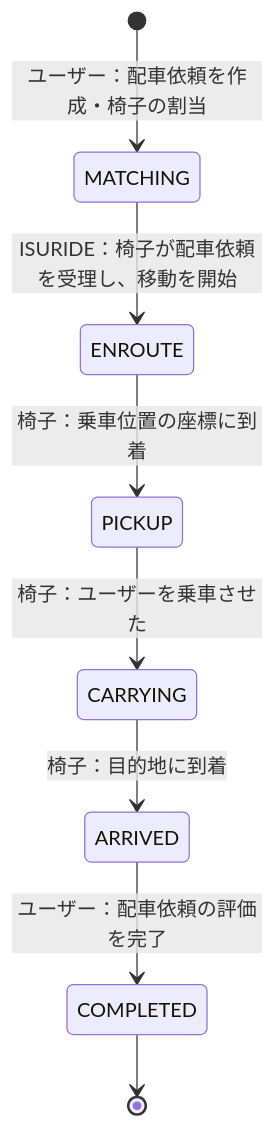
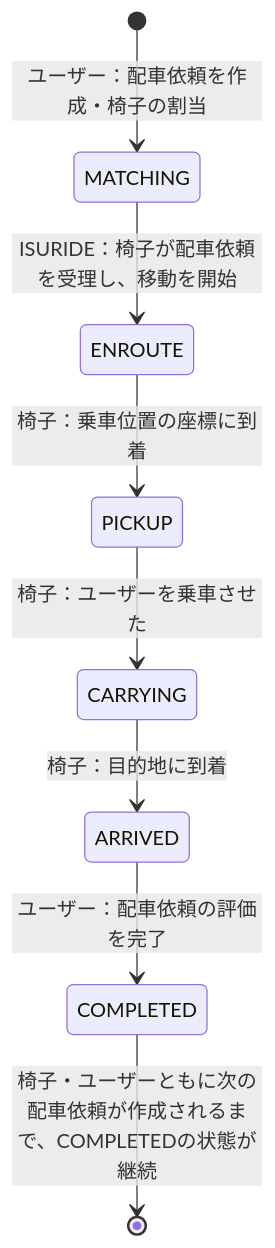
Before and after one commit to suguru03/isucon14: the diagram in docs/ISURIDE.md, drawn with Mermaid.

Commit message:
COMPLETED後に関する記載の追加

````diff
--- a/docs/ISURIDE.md
+++ b/docs/ISURIDE.md
@@ -54,10 +54,10 @@
 ```mermaid
 stateDiagram-v2 
   [*] --> MATCHING: ユーザー：配車依頼を作成・椅子の割当
   MATCHING --> ENROUTE: ISURIDE：椅子が配車依頼を受理し、移動を開始
   ENROUTE --> PICKUP: 椅子：乗車位置の座標に到着
   PICKUP --> CARRYING: 椅子：ユーザーを乗車させた
   CARRYING --> ARRIVED: 椅子：目的地に到着
   ARRIVED --> COMPLETED: ユーザー：配車依頼の評価を完了
-  COMPLETED --> [*]
+  COMPLETED --> [*]: 椅子・ユーザーともに次の配車依頼が作成されるまで、COMPLETEDの状態が継続
 ```
````
